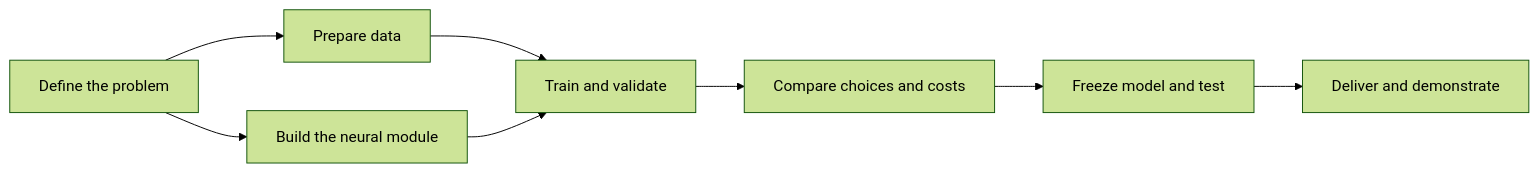
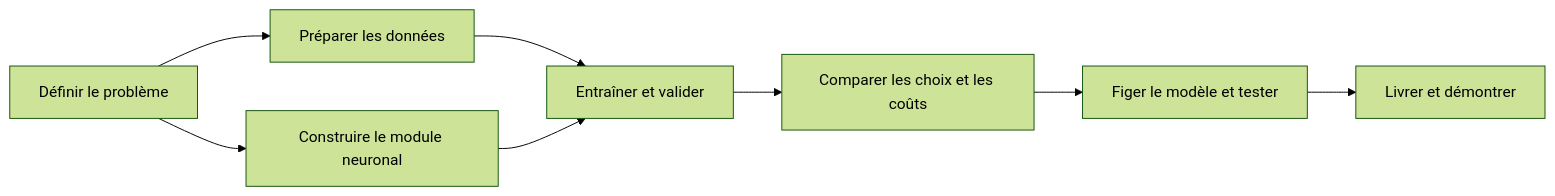
One commit to Vulcaaa/MyTorch changed the diagram in docs/project-roadmap.md. Above: the diagram before and after it, drawn with Mermaid (forest theme). The commit also changed other lines of this file, not shown here.

Commit message:
docs: translate roadmap and update completion status

````diff
--- a/docs/project-roadmap.md
+++ b/docs/project-roadmap.md
@@ -10,10 +10,10 @@
 ```mermaid
 flowchart LR
-    A[Define the problem] --> B[Prepare data]
-    A --> C[Build the neural module]
-    B --> D[Train and validate]
+    A[Définir le problème] --> B[Préparer les données]
+    A --> C[Construire le module neuronal]
+    B --> D[Entraîner et valider]
     C --> D
-    D --> E[Compare choices and costs]
-    E --> F[Freeze model and test]
-    F --> G[Deliver and demonstrate]
+    D --> E[Comparer les choix et les coûts]
+    E --> F[Figer le modèle et tester]
+    F --> G[Livrer et démontrer]
 ```
````
